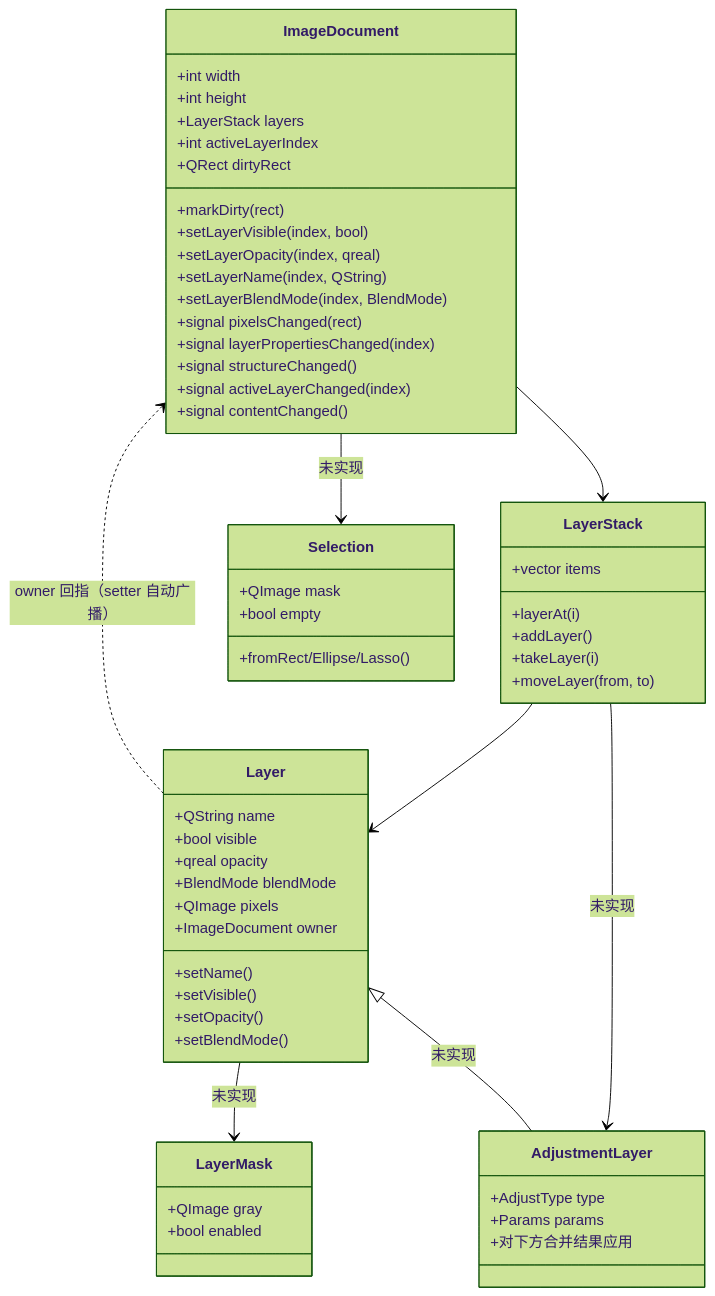
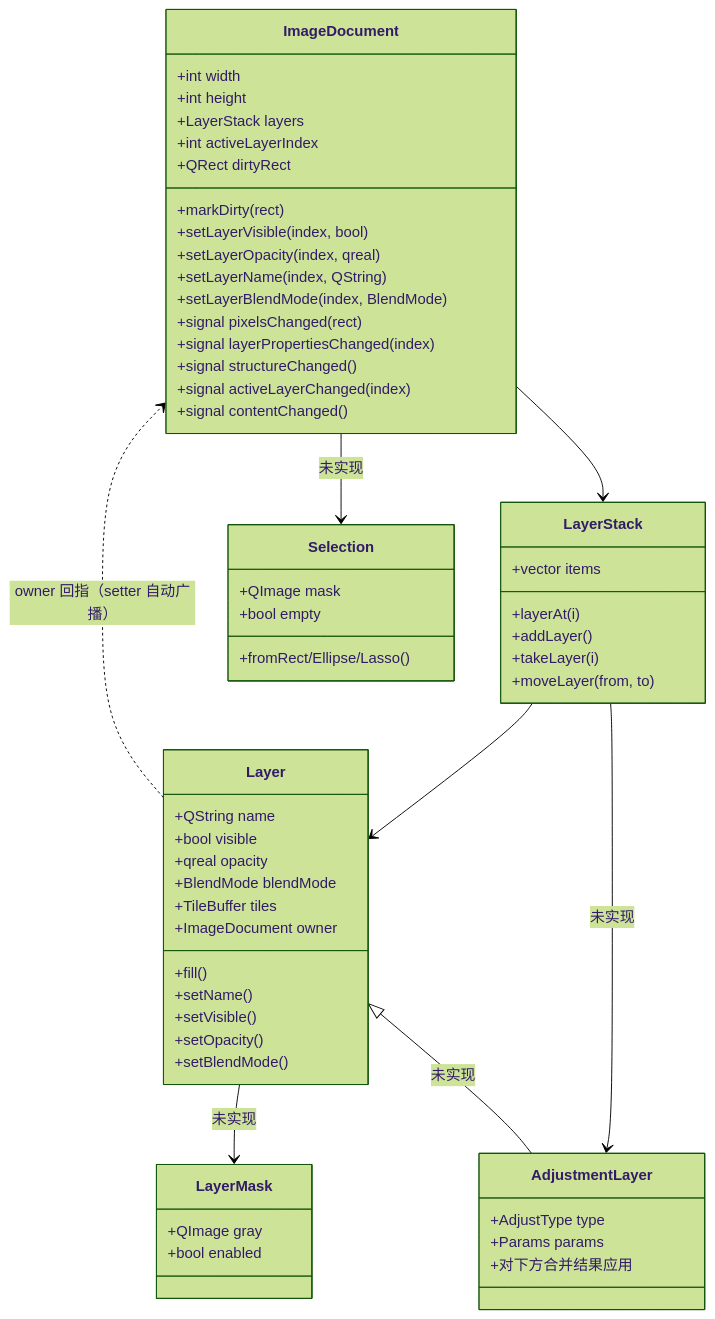
The second of 4 diagrams in docs/architecture.md (littletenyuan01/photoshopDemo), drawn with Mermaid (forest theme) before and after one commit. The commit also changed other lines of this file and 53 other files, not shown here.

````diff
--- a/docs/architecture.md
+++ b/docs/architecture.md
@@ -133,61 +133,62 @@
 ```mermaid
 classDiagram
   class ImageDocument {
     +int width
     +int height
     +LayerStack layers
     +int activeLayerIndex
     +QRect dirtyRect
     +markDirty(rect)
     +setLayerVisible(index, bool)
     +setLayerOpacity(index, qreal)
     +setLayerName(index, QString)
     +setLayerBlendMode(index, BlendMode)
     +signal pixelsChanged(rect)
     +signal layerPropertiesChanged(index)
     +signal structureChanged()
     +signal activeLayerChanged(index)
     +signal contentChanged()
   }
   class LayerStack {
     +vector items
     +layerAt(i)
     +addLayer()
     +takeLayer(i)
     +moveLayer(from, to)
   }
   class Layer {
     +QString name
     +bool visible
     +qreal opacity
     +BlendMode blendMode
-    +QImage pixels
+    +TileBuffer tiles
     +ImageDocument owner
+    +fill()
     +setName()
     +setVisible()
     +setOpacity()
     +setBlendMode()
   }
   class LayerMask {
     +QImage gray
     +bool enabled
   }
   class AdjustmentLayer {
     +AdjustType type
     +Params params
     +对下方合并结果应用
   }
   class Selection {
     +QImage mask
     +bool empty
     +fromRect/Ellipse/Lasso()
   }
 
   ImageDocument --> LayerStack
   ImageDocument --> Selection : 未实现
   Layer ..> ImageDocument : owner 回指（setter 自动广播）
   LayerStack --> Layer
   LayerStack --> AdjustmentLayer : 未实现
   Layer --> LayerMask : 未实现
   Layer <|-- AdjustmentLayer : 未实现
 ```
````
